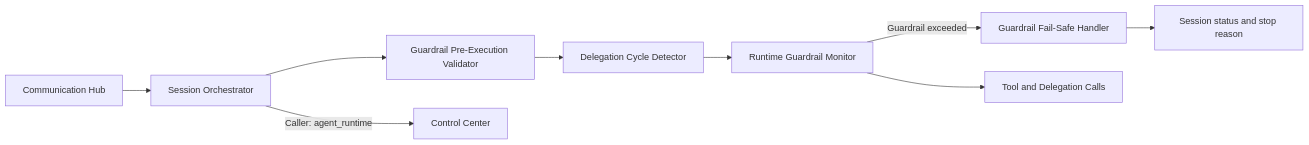
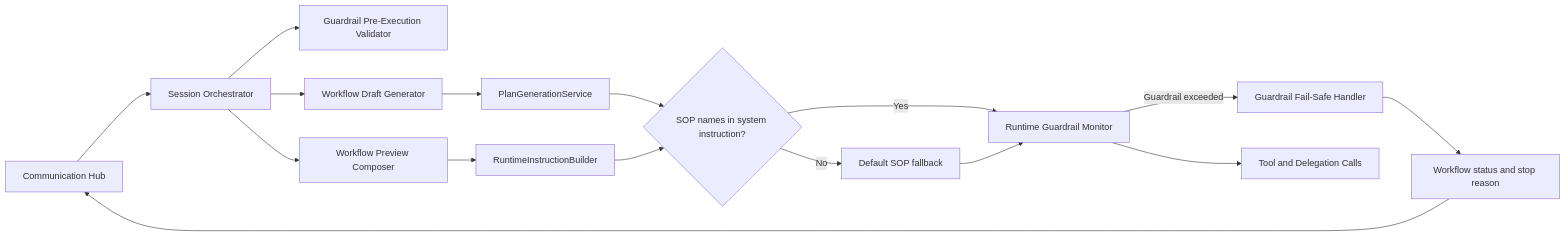
One commit to hurungang/parthenon changed the first of 2 diagrams in docs/master/architecture/modules/agent-runtime/architecture.md. Above: the diagram before and after it, drawn with Mermaid. The commit also changed other lines of this file and 39 other files, not shown here.

````diff
--- a/docs/master/architecture/modules/agent-runtime/architecture.md
+++ b/docs/master/architecture/modules/agent-runtime/architecture.md
@@ -3,21 +3,32 @@
 ```mermaid
 flowchart LR
     CH[Communication Hub]
     ORCH[Session Orchestrator]
     PV[Guardrail Pre-Execution Validator]
-    CD[Delegation Cycle Detector]
+    WDG[Workflow Draft Generator]
+    WPC[Workflow Preview Composer]
+    PGS[PlanGenerationService]
+    RIB[RuntimeInstructionBuilder]
+    SOP{SOP names in system instruction?}
+    DSOP[Default SOP fallback]
     RM[Runtime Guardrail Monitor]
     FS[Guardrail Fail-Safe Handler]
     TC[Tool and Delegation Calls]
-    CC[Control Center]
-    ST[Session status and stop reason]
+    ST[Workflow status and stop reason]
 
     CH --> ORCH
     ORCH --> PV
-    PV --> CD
-    CD --> RM
+    ORCH --> WDG
+    ORCH --> WPC
+    WDG --> PGS
+    WPC --> RIB
+    PGS --> SOP
+    RIB --> SOP
+    SOP -->|No| DSOP
+    SOP -->|Yes| RM
+    DSOP --> RM
     RM --> TC
     RM -->|Guardrail exceeded| FS
     FS --> ST
-    ORCH -->|Caller: agent_runtime| CC
+    ST --> CH
 ```
````
